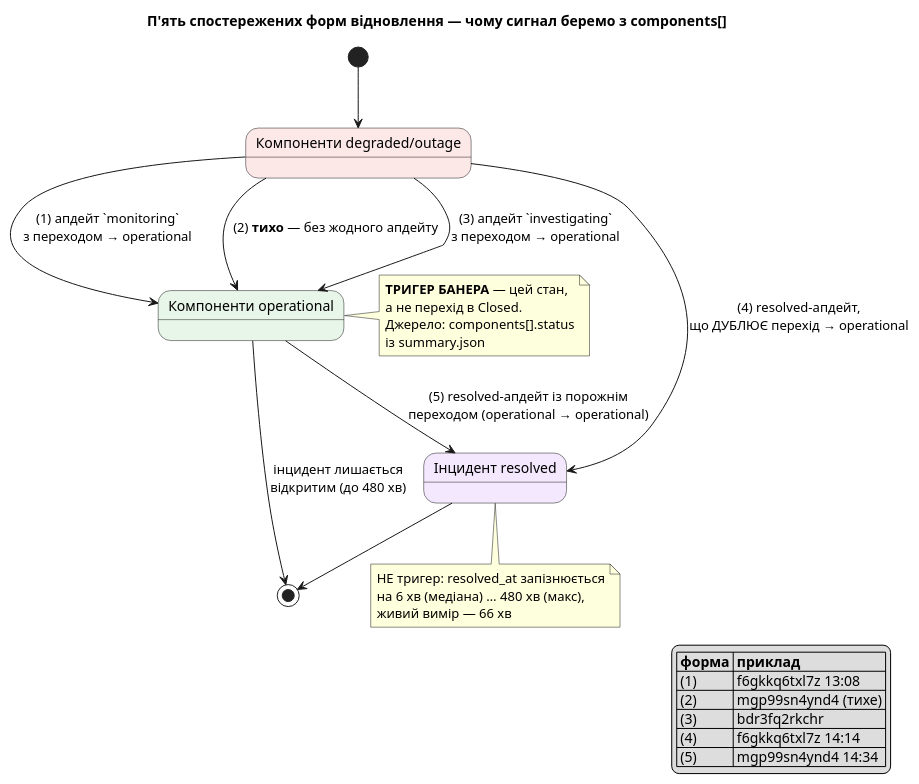
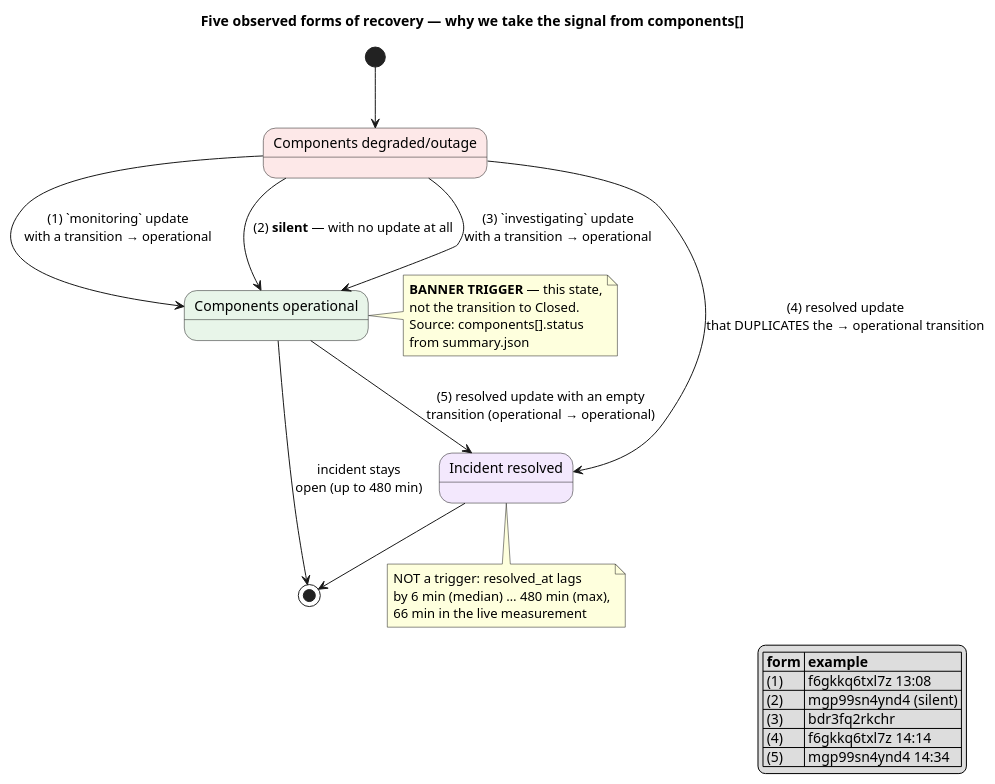
The third of 3 diagrams in docs/adr/0071-incident-subscriptions.md (artem-from-ua/tokenpace), drawn with PlantUML before and after one commit. The commit also changed other lines of this file and 116 other files, not shown here.

````diff
--- a/docs/adr/0071-incident-subscriptions.md
+++ b/docs/adr/0071-incident-subscriptions.md
@@ -183,48 +186,48 @@
 ```plantuml
 @startuml
-title П'ять спостережених форм відновлення — чому сигнал беремо з components[]
+title Five observed forms of recovery — why we take the signal from components[]
 
 skinparam state {
   BackgroundColor<<broken>> #FDE8E8
   BackgroundColor<<ok>> #E8F5E9
   BackgroundColor<<admin>> #F3E8FD
 }
 
-state "Компоненти degraded/outage" as Broken <<broken>>
-state "Компоненти operational" as Green <<ok>>
-state "Інцидент resolved" as Closed <<admin>>
+state "Components degraded/outage" as Broken <<broken>>
+state "Components operational" as Green <<ok>>
+state "Incident resolved" as Closed <<admin>>
 
 [*] --> Broken
 
-Broken --> Green : (1) апдейт `monitoring`\nз переходом → operational
-Broken --> Green : (2) **тихо** — без жодного апдейту
-Broken --> Green : (3) апдейт `investigating`\nз переходом → operational
-Broken --> Closed : (4) resolved-апдейт,\nщо ДУБЛЮЄ перехід → operational
-Green --> Closed : (5) resolved-апдейт із порожнім\nпереходом (operational → operational)
+Broken --> Green : (1) `monitoring` update\nwith a transition → operational
+Broken --> Green : (2) **silent** — with no update at all
+Broken --> Green : (3) `investigating` update\nwith a transition → operational
+Broken --> Closed : (4) resolved update\nthat DUPLICATES the → operational transition
+Green --> Closed : (5) resolved update with an empty\ntransition (operational → operational)
 
 Closed --> [*]
-Green --> [*] : інцидент лишається\nвідкритим (до 480 хв)
+Green --> [*] : incident stays\nopen (up to 480 min)
 
 note right of Green
-  **ТРИГЕР БАНЕРА** — цей стан,
-  а не перехід в Closed.
-  Джерело: components[].status
-  із summary.json
+  **BANNER TRIGGER** — this state,
+  not the transition to Closed.
+  Source: components[].status
+  from summary.json
 end note
 
 note bottom of Closed
-  НЕ тригер: resolved_at запізнюється
-  на 6 хв (медіана) … 480 хв (макс),
-  живий вимір — 66 хв
+  NOT a trigger: resolved_at lags
+  by 6 min (median) … 480 min (max),
+  66 min in the live measurement
 end note
 
 legend right
-  |= форма |= приклад |
+  |= form |= example |
   | (1) | f6gkkq6txl7z 13:08 |
-  | (2) | mgp99sn4ynd4 (тихе) |
+  | (2) | mgp99sn4ynd4 (silent) |
   | (3) | bdr3fq2rkchr |
   | (4) | f6gkkq6txl7z 14:14 |
   | (5) | mgp99sn4ynd4 14:34 |
 endlegend
 @enduml
 ```
````
